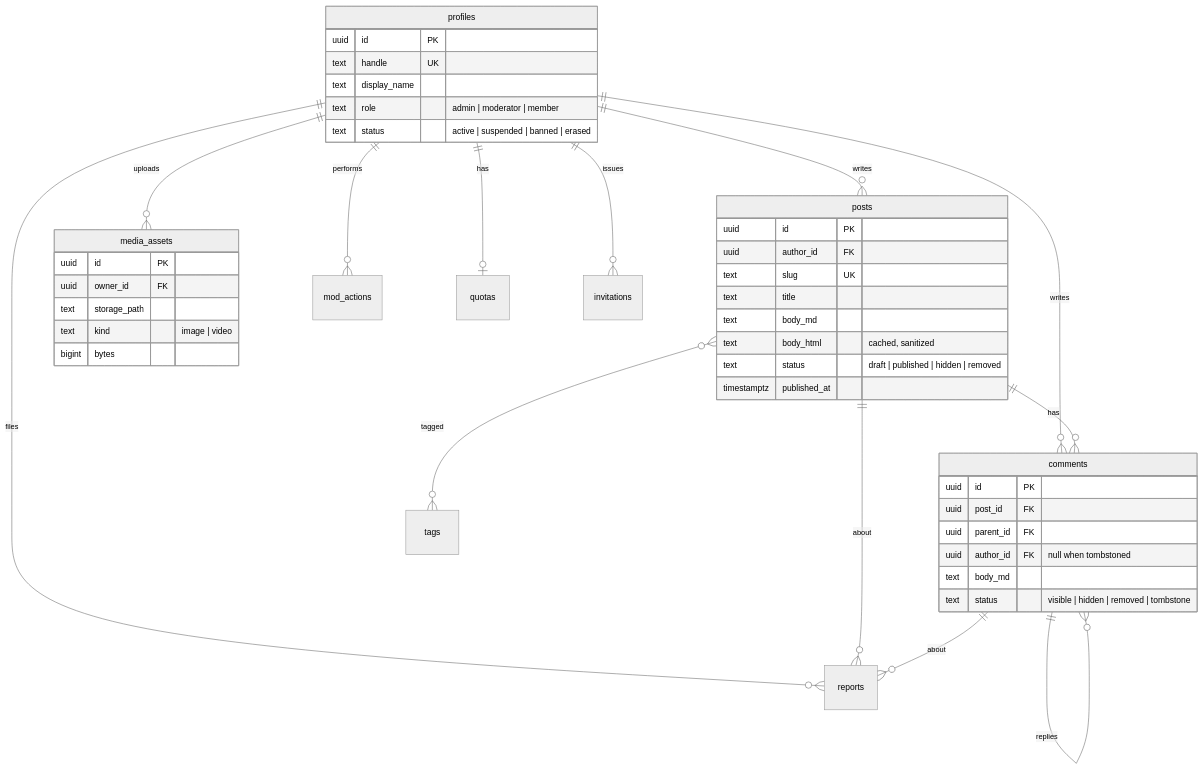
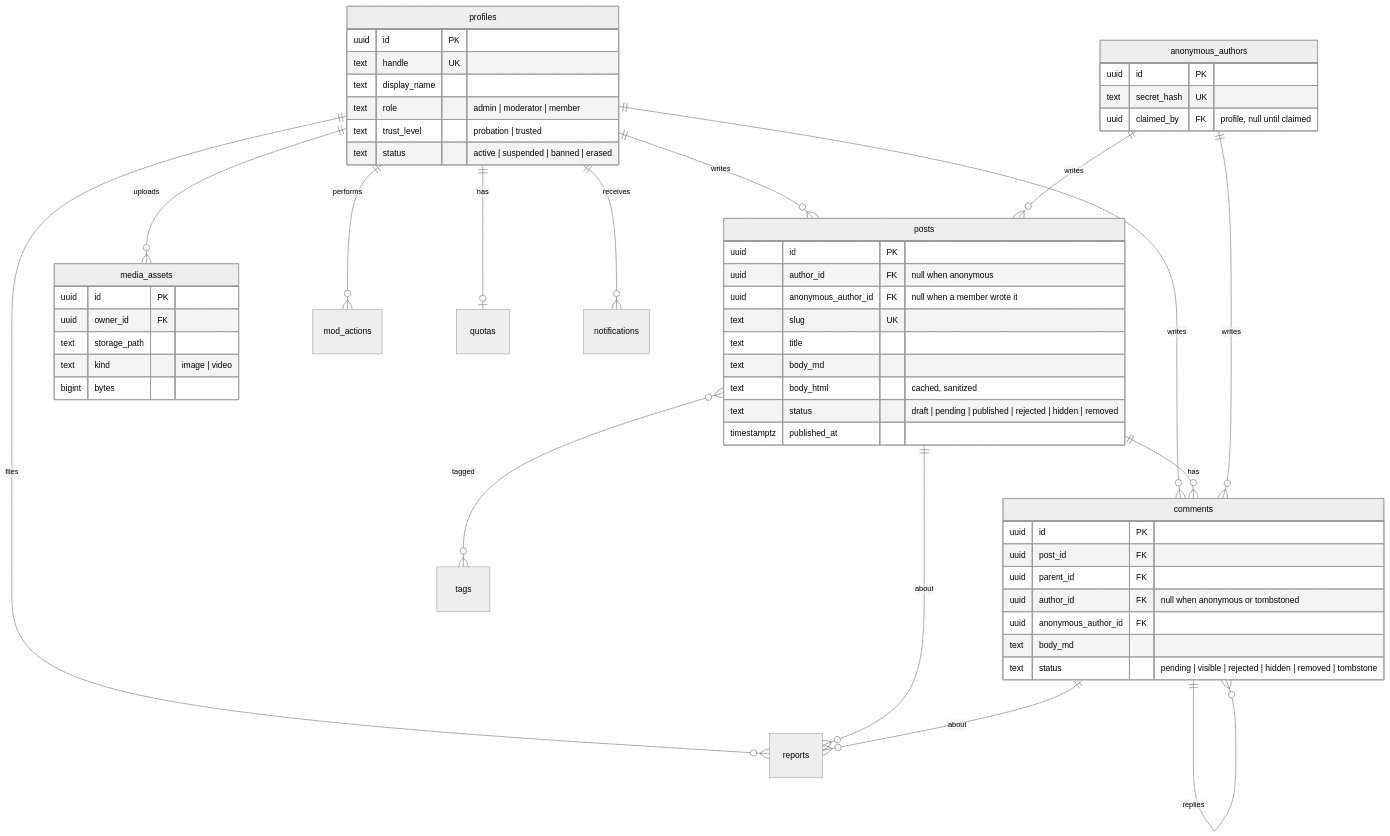
One commit to Wintaru/porchlight changed the second of 2 diagrams in PROPOSAL.md. Above: the diagram before and after it, drawn with Mermaid (neutral theme). The commit also changed other lines of this file and 1 other file, not shown here.

First line of the commit message:
docs: settle D7, anonymous writing behind an admin approval gate

````diff
--- a/PROPOSAL.md
+++ b/PROPOSAL.md
@@ -135,48 +138,58 @@
 ```mermaid
 erDiagram
   profiles ||--o{ posts : writes
   profiles ||--o{ comments : writes
   profiles ||--o{ media_assets : uploads
   profiles ||--o{ reports : files
   profiles ||--o{ mod_actions : performs
   posts ||--o{ comments : has
   posts }o--o{ tags : tagged
   comments ||--o{ comments : replies
   posts ||--o{ reports : about
   comments ||--o{ reports : about
   profiles ||--o| quotas : has
-  profiles ||--o{ invitations : issues
+  anonymous_authors ||--o{ posts : writes
+  anonymous_authors ||--o{ comments : writes
+  profiles ||--o{ notifications : receives
 
   profiles {
     uuid id PK
     text handle UK
     text display_name
     text role "admin | moderator | member"
+    text trust_level "probation | trusted"
     text status "active | suspended | banned | erased"
+  }
+  anonymous_authors {
+    uuid id PK
+    text secret_hash UK
+    uuid claimed_by FK "profile, null until claimed"
   }
   posts {
     uuid id PK
-    uuid author_id FK
+    uuid author_id FK "null when anonymous"
+    uuid anonymous_author_id FK "null when a member wrote it"
     text slug UK
     text title
     text body_md
     text body_html "cached, sanitized"
-    text status "draft | published | hidden | removed"
+    text status "draft | pending | published | rejected | hidden | removed"
     timestamptz published_at
   }
   comments {
     uuid id PK
     uuid post_id FK
     uuid parent_id FK
-    uuid author_id FK "null when tombstoned"
+    uuid author_id FK "null when anonymous or tombstoned"
+    uuid anonymous_author_id FK
     text body_md
-    text status "visible | hidden | removed | tombstone"
+    text status "pending | visible | rejected | hidden | removed | tombstone"
   }
   media_assets {
     uuid id PK
     uuid owner_id FK
     text storage_path
     text kind "image | video"
     bigint bytes
   }
 ```
````
